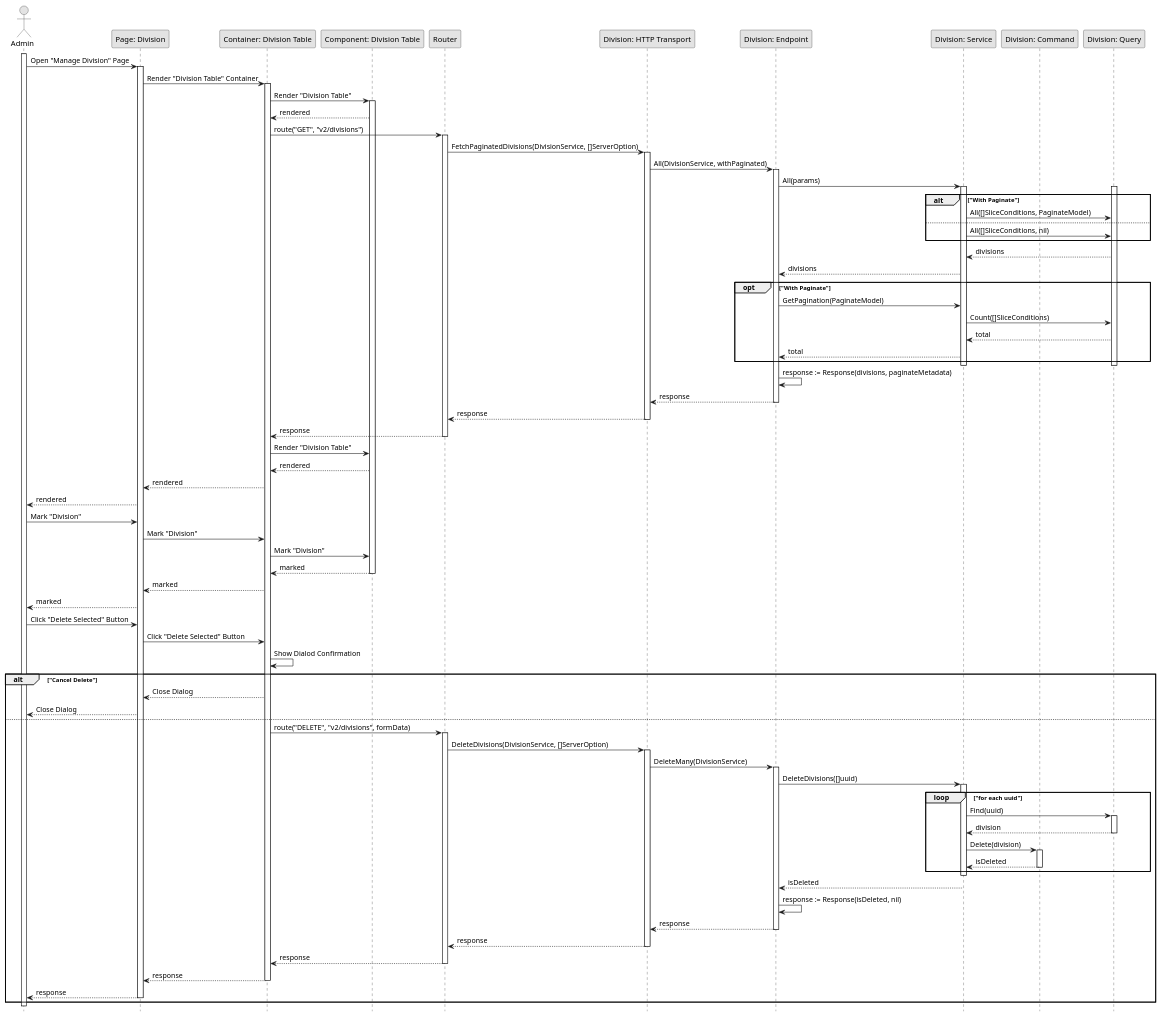
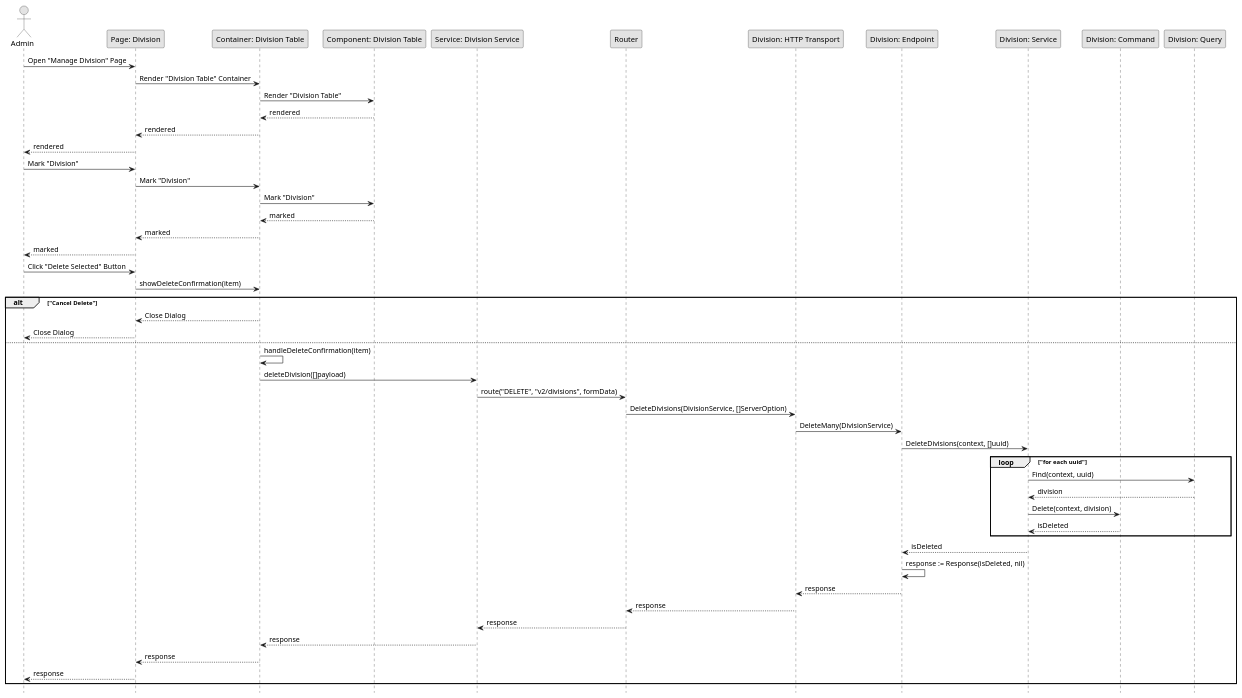
One commit to fwidjaya20/fazzlearning-uml changed the diagram in Sequence/Release01/DeleteDivision.wsd. Above: the diagram before and after it, drawn with PlantUML. The commit also changed 38 other files, not shown here.

Commit message:
fix(sequence): fix invalid sequence flow

```diff
--- a/Sequence/Release01/DeleteDivision.wsd
+++ b/Sequence/Release01/DeleteDivision.wsd
@@ -1,119 +1,66 @@
 @startuml DeleteDivision
 
 skinparam Monochrome true
 skinparam Shadowing false
 hide footbox
 
 actor Admin
 participant "Page: Division" as DivisionPage
 participant "Container: Division Table" as DivisionTableContainer
 participant "Component: Division Table" as DivisionTable
+participant "Service: Division Service" as FEDivisionService
 participant "Router" as Router
 participant "Division: HTTP Transport" as DivisionHTTPTransport
 participant "Division: Endpoint" as DivisionEndpoint
 participant "Division: Service" as DivisionService
 participant "Division: Command" as DivisionCommand
 participant "Division: Query" as DivisionQuery
 
-activate Admin
 
 Admin->DivisionPage: Open "Manage Division" Page
-activate DivisionPage
 DivisionPage->DivisionTableContainer: Render "Division Table" Container
-activate DivisionTableContainer
-DivisionTableContainer->DivisionTable: Render "Division Table"
-activate DivisionTable
-DivisionTable-->DivisionTableContainer: rendered
-DivisionTableContainer->Router: route("GET", "v2/divisions")
-activate Router
-Router->DivisionHTTPTransport: FetchPaginatedDivisions(DivisionService, []ServerOption)
-activate DivisionHTTPTransport
-DivisionHTTPTransport->DivisionEndpoint: All(DivisionService, withPaginated)
-activate DivisionEndpoint
-DivisionEndpoint->DivisionService: All(params)
-
-activate DivisionService
-activate DivisionQuery
-alt "With Paginate"
-    DivisionService->DivisionQuery: All([]SliceConditions, PaginateModel)
-else
-    DivisionService->DivisionQuery: All([]SliceConditions, nil)
-end
-DivisionQuery-->DivisionService: divisions
-DivisionService-->DivisionEndpoint: divisions
-
-opt "With Paginate"
-    DivisionEndpoint->DivisionService: GetPagination(PaginateModel)
-    DivisionService->DivisionQuery: Count([]SliceConditions)
-    DivisionQuery-->DivisionService: total
-    DivisionService-->DivisionEndpoint: total
-end
-deactivate DivisionQuery
-deactivate DivisionService
-
-DivisionEndpoint->DivisionEndpoint: response := Response(divisions, paginateMetadata)
-DivisionEndpoint-->DivisionHTTPTransport: response
-deactivate DivisionEndpoint
-DivisionHTTPTransport-->Router: response
-deactivate DivisionHTTPTransport
-Router-->DivisionTableContainer: response
-deactivate Router
 DivisionTableContainer->DivisionTable: Render "Division Table"
 DivisionTable-->DivisionTableContainer: rendered
 DivisionTableContainer-->DivisionPage: rendered
 DivisionPage-->Admin: rendered
 
 Admin->DivisionPage: Mark "Division"
 DivisionPage->DivisionTableContainer: Mark "Division"
 DivisionTableContainer->DivisionTable: Mark "Division"
 DivisionTable-->DivisionTableContainer: marked
-deactivate DivisionTable
 DivisionTableContainer-->DivisionPage: marked
 DivisionPage-->Admin: marked
 
 Admin->DivisionPage: Click "Delete Selected" Button
-DivisionPage->DivisionTableContainer: Click "Delete Selected" Button
-DivisionTableContainer->DivisionTableContainer: Show Dialod Confirmation
+DivisionPage->DivisionTableContainer: showDeleteConfirmation(item)
 
 alt "Cancel Delete"
     DivisionTableContainer-->DivisionPage: Close Dialog
     DivisionPage-->Admin: Close Dialog
 else
-    DivisionTableContainer->Router: route("DELETE", "v2/divisions", formData)
-    activate Router
+    DivisionTableContainer->DivisionTableContainer: handleDeleteConfirmation(item)
+    DivisionTableContainer->FEDivisionService: deleteDivision([]payload)
+    FEDivisionService->Router: route("DELETE", "v2/divisions", formData)
     Router->DivisionHTTPTransport: DeleteDivisions(DivisionService, []ServerOption)
-    activate DivisionHTTPTransport
     DivisionHTTPTransport->DivisionEndpoint: DeleteMany(DivisionService)
-    activate DivisionEndpoint
-    DivisionEndpoint->DivisionService: DeleteDivisions([]uuid)
+    DivisionEndpoint->DivisionService: DeleteDivisions(context, []uuid)
 
-    activate DivisionService
     loop "for each uuid"
-        DivisionService->DivisionQuery: Find(uuid)
-        activate DivisionQuery
+        DivisionService->DivisionQuery: Find(context, uuid)
         DivisionQuery-->DivisionService: division
-        deactivate DivisionQuery
 
-        DivisionService->DivisionCommand: Delete(division)
-        activate DivisionCommand
+        DivisionService->DivisionCommand: Delete(context, division)
         DivisionCommand-->DivisionService: isDeleted
-        deactivate DivisionCommand
     end
-    deactivate DivisionService
+
     DivisionService-->DivisionEndpoint: isDeleted
     DivisionEndpoint->DivisionEndpoint: response := Response(isDeleted, nil)
     DivisionEndpoint-->DivisionHTTPTransport: response
-    deactivate DivisionEndpoint
     DivisionHTTPTransport-->Router: response
-    deactivate DivisionHTTPTransport
-    Router-->DivisionTableContainer: response
-    deactivate Router
+    Router-->FEDivisionService: response
+    FEDivisionService-->DivisionTableContainer: response
     DivisionTableContainer-->DivisionPage: response
-    deactivate DivisionTableContainer
     DivisionPage-->Admin: response
-    deactivate DivisionPage
 end
 
-deactivate Admin
-
 @enduml
```
